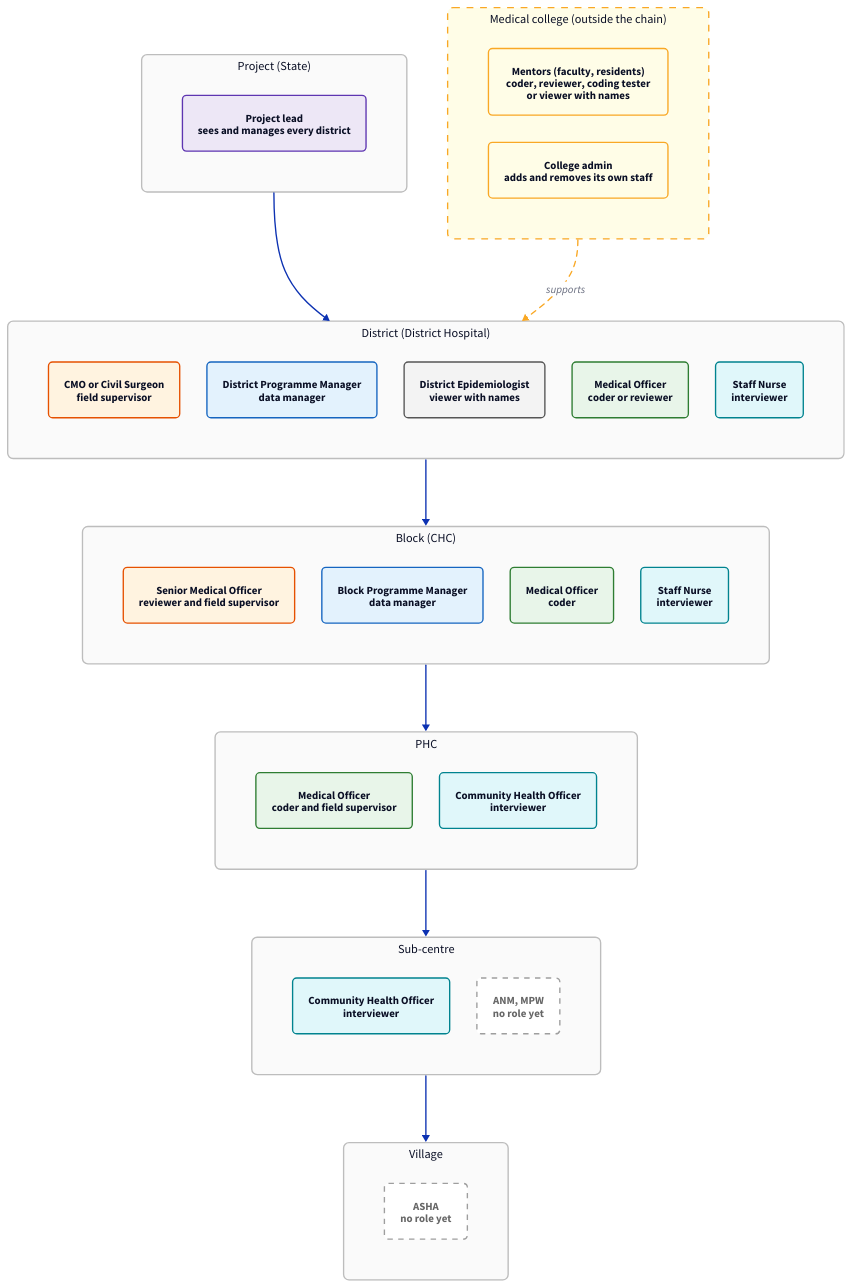
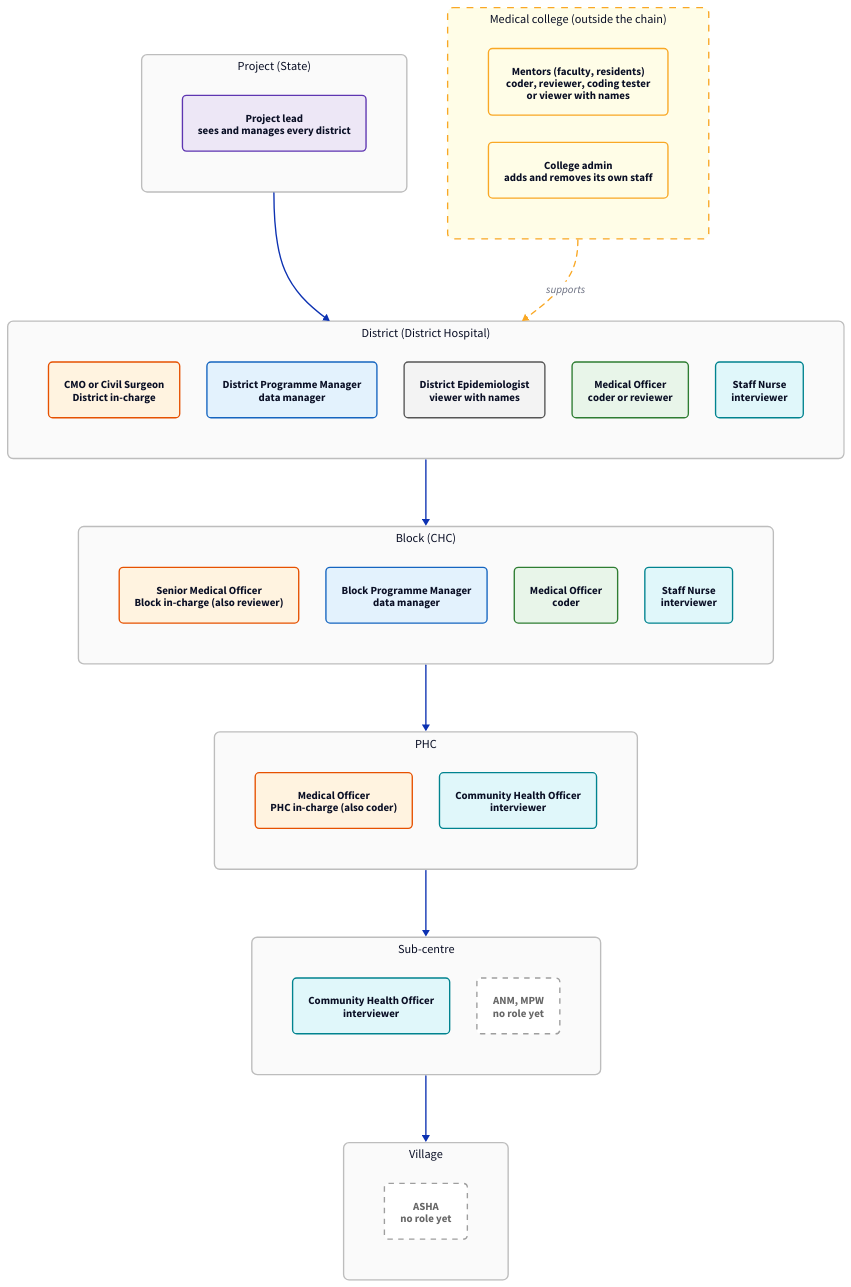
One commit to drguptavivek/DigitVA changed the diagram in docs/policy/diagrams/district-roles.d2. Above: the diagram before and after it, drawn with D2. The commit also changed 11 other files, not shown here.

First line of the commit message:
Define the In-charge and district grant rules in policy

```diff
--- a/docs/policy/diagrams/district-roles.d2
+++ b/docs/policy/diagrams/district-roles.d2
@@ -1,75 +1,75 @@
 # Who works at each level of a district project.
 # Render: d2 --layout elk docs/policy/diagrams/district-roles.d2 docs/policy/diagrams/district-roles.svg
 direction: down
 
 classes: {
   level: {style: {fill: "#FAFAFA"; stroke: "#BDBDBD"; border-radius: 8; font-size: 18}}
   lead: {style: {fill: "#EDE7F6"; stroke: "#5E35B1"; border-radius: 6}}
-  sup: {style: {fill: "#FFF3E0"; stroke: "#E65100"; border-radius: 6}}
+  incharge: {style: {fill: "#FFF3E0"; stroke: "#E65100"; border-radius: 6}}
   dm: {style: {fill: "#E3F2FD"; stroke: "#1565C0"; border-radius: 6}}
   doc: {style: {fill: "#E8F5E9"; stroke: "#2E7D32"; border-radius: 6}}
   int: {style: {fill: "#E0F7FA"; stroke: "#00838F"; border-radius: 6}}
   view: {style: {fill: "#F3F3F3"; stroke: "#555555"; border-radius: 6}}
   none: {style: {fill: "#FFFFFF"; stroke: "#9E9E9E"; stroke-dash: 4; font-color: "#666666"; border-radius: 6}}
   mentor: {style: {fill: "#FFFDE7"; stroke: "#F9A825"; border-radius: 6}}
 }
 
 project: "Project (State)" {
   class: level
   grid-columns: 1
   lead: "Project lead\nsees and manages every district" {class: lead}
 }
 
 district: "District (District Hospital)" {
   class: level
   grid-columns: 5
-  cmo: "CMO or Civil Surgeon\nfield supervisor" {class: sup}
+  cmo: "CMO or Civil Surgeon\nDistrict in-charge" {class: incharge}
   dpm: "District Programme Manager\ndata manager" {class: dm}
   epi: "District Epidemiologist\nviewer with names" {class: view}
   mo: "Medical Officer\ncoder or reviewer" {class: doc}
   sn: "Staff Nurse\ninterviewer" {class: int}
 }
 
 block: "Block (CHC)" {
   class: level
   grid-columns: 4
-  smo: "Senior Medical Officer\nreviewer and field supervisor" {class: sup}
+  smo: "Senior Medical Officer\nBlock in-charge (also reviewer)" {class: incharge}
   bpm: "Block Programme Manager\ndata manager" {class: dm}
   mo: "Medical Officer\ncoder" {class: doc}
   sn: "Staff Nurse\ninterviewer" {class: int}
 }
 
 phc: "PHC" {
   class: level
   grid-columns: 2
-  mo: "Medical Officer\ncoder and field supervisor" {class: doc}
+  mo: "Medical Officer\nPHC in-charge (also coder)" {class: incharge}
   cho: "Community Health Officer\ninterviewer" {class: int}
 }
 
 subcentre: "Sub-centre" {
   class: level
   grid-columns: 2
   cho: "Community Health Officer\ninterviewer" {class: int}
   anm: "ANM, MPW\nno role yet" {class: none}
 }
 
 village: "Village" {
   class: level
   grid-columns: 1
   asha: "ASHA\nno role yet" {class: none}
 }
 
 college: "Medical college (outside the chain)" {
   class: level
   style: {fill: "#FFFDE7"; stroke: "#F9A825"; stroke-dash: 5}
   grid-columns: 1
   mentors: "Mentors (faculty, residents)\ncoder, reviewer, coding tester\nor viewer with names" {class: mentor}
   admin: "College admin\nadds and removes its own staff" {class: mentor}
 }
 
 project -> district
 district -> block
 block -> phc
 phc -> subcentre
 subcentre -> village
 college -> district: supports {style: {stroke-dash: 4; stroke: "#F9A825"}}
```
